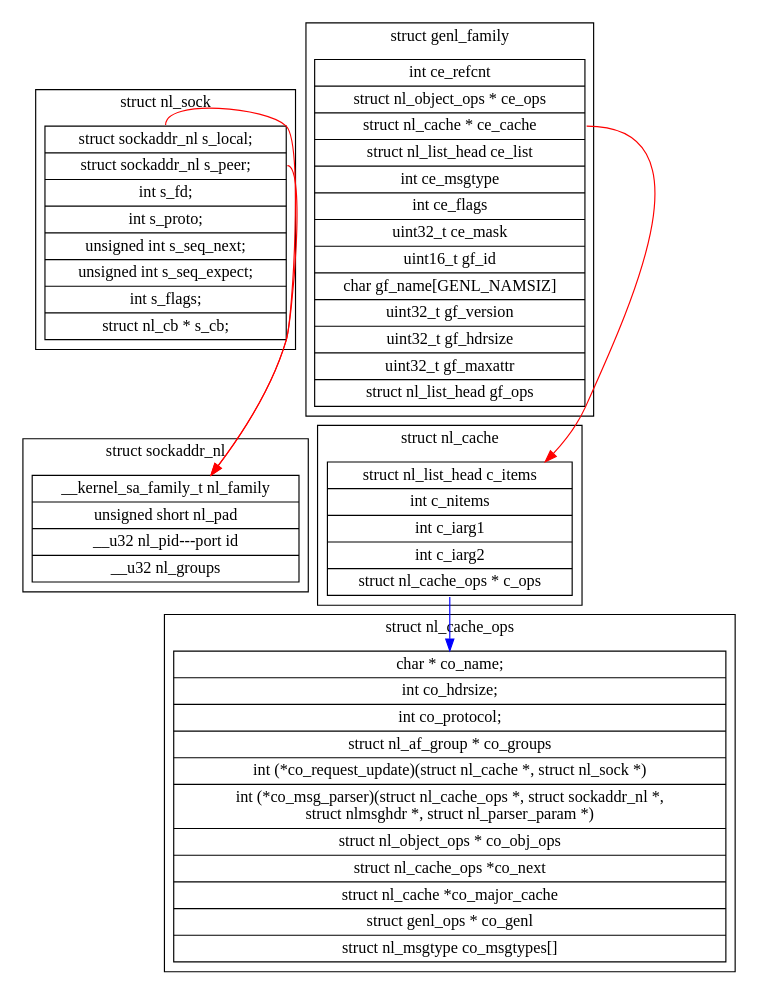
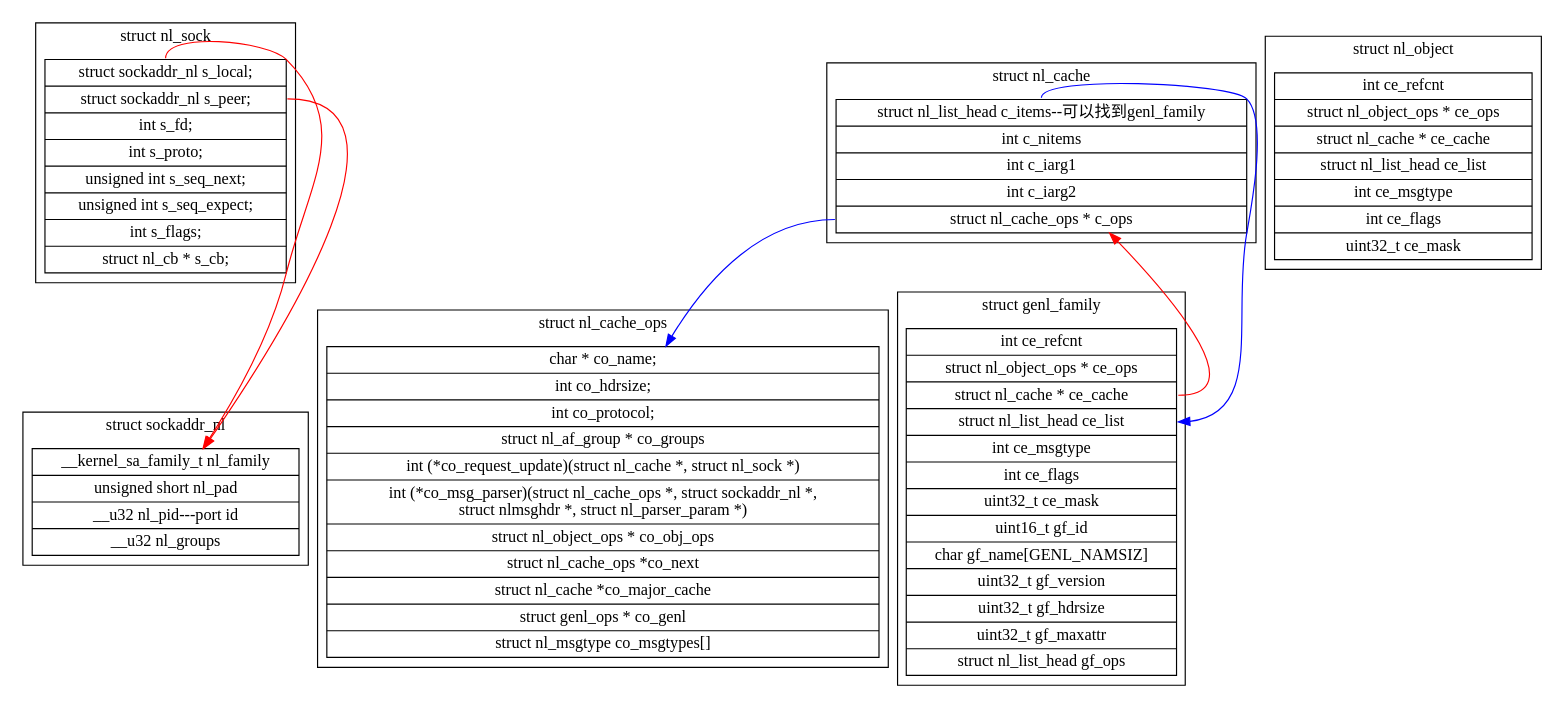
The diagram in graphviz/wifi/libnl.dot (YsuXia/Debian-Learning), drawn with Graphviz before and after one commit. The commit also changed 4 other files, not shown here.

```diff
--- a/graphviz/wifi/libnl.dot
+++ b/graphviz/wifi/libnl.dot
@@ -1,83 +1,97 @@
 digraph libnl{
 	node[shape=record];
 	subgraph cluster_struct_nl_sock{
 		label="struct nl_sock";
 		"struct nl_sock"[label="{
 		<local>struct sockaddr_nl  s_local;
     	|<peer>struct sockaddr_nl  s_peer;
     	|int         s_fd;
     	|int         s_proto;
     	|unsigned int        s_seq_next;
     	|unsigned int        s_seq_expect;
     	|int         s_flags;
     	|struct nl_cb *      s_cb;
 		}"];
 	}
 
 	"struct nl_sock":local->"struct sockaddr_nl"[color=red];
 	"struct nl_sock":peer->"struct sockaddr_nl"[color=red];
 
 	subgraph cluster_struct_sockaddr_nl{
 		label="struct sockaddr_nl";
 		"struct sockaddr_nl"[label="{
 			__kernel_sa_family_t    nl_family
     |unsigned short  nl_pad
     |__u32       nl_pid---port id
     | __u32       nl_groups
 		}"];
 	}
 
 	subgraph cluster_struct_nl_cache{
 		label="struct nl_cache";
 		"struct nl_cache"[label="{
-			struct nl_list_head c_items
+			<items>struct nl_list_head c_items--可以找到genl_family
     |int         c_nitems
     |int                     c_iarg1
     |int                     c_iarg2
     |<ops>struct nl_cache_ops *   c_ops
 	}"];
 	}
 
 	"struct nl_cache":ops->"struct nl_cache_ops"[color=blue];
+	"struct nl_cache":items->"struct genl_family":ce_list[color=blue];
 
 	subgraph cluster_struct_nl_cache_ops{
 		label="struct nl_cache_ops";
 		"struct nl_cache_ops"[label="{
 			char  *         co_name;
     		|int         co_hdrsize;
     		|int         co_protocol;
     		|struct nl_af_group *    co_groups
 			|int   (*co_request_update)(struct nl_cache *, struct nl_sock *)
 			|int   (*co_msg_parser)(struct nl_cache_ops *, struct sockaddr_nl *,
 				\n
 			struct nlmsghdr *, struct nl_parser_param *)
 			|struct nl_object_ops *  co_obj_ops
     		|struct nl_cache_ops *co_next
     		|struct nl_cache *co_major_cache
     		|struct genl_ops *   co_genl
     		|struct nl_msgtype   co_msgtypes[]
 		}"];
 	}
 
+	subgraph cluster_struct_nl_object{
+		label="struct nl_object";
+		"struct nl_object"[label="{
+			int         ce_refcnt
+			|struct nl_object_ops *  ce_ops
+			|struct nl_cache *   ce_cache
+			|struct nl_list_head ce_list
+			|int         ce_msgtype
+			|int         ce_flags
+			|uint32_t    ce_mask
+		}"];
+	}
+
 	subgraph cluster_struct_genl_family{
 		label="struct genl_family";
 		"struct genl_family"[label="{
 		int         ce_refcnt
     |struct nl_object_ops *  ce_ops
     |<cache>struct nl_cache *   ce_cache
-    |struct nl_list_head ce_list
+    |<ce_list>struct nl_list_head ce_list
     |int         ce_msgtype
     |int         ce_flags
     |uint32_t        ce_mask
 	|uint16_t        gf_id
     |char            gf_name[GENL_NAMSIZ]
     |uint32_t        gf_version
     |uint32_t        gf_hdrsize
     |uint32_t        gf_maxattr
     |struct nl_list_head gf_ops
 	}"];
 	}
 
 	"struct genl_family":cache->"struct nl_cache"[color=red];
 
 }
```
